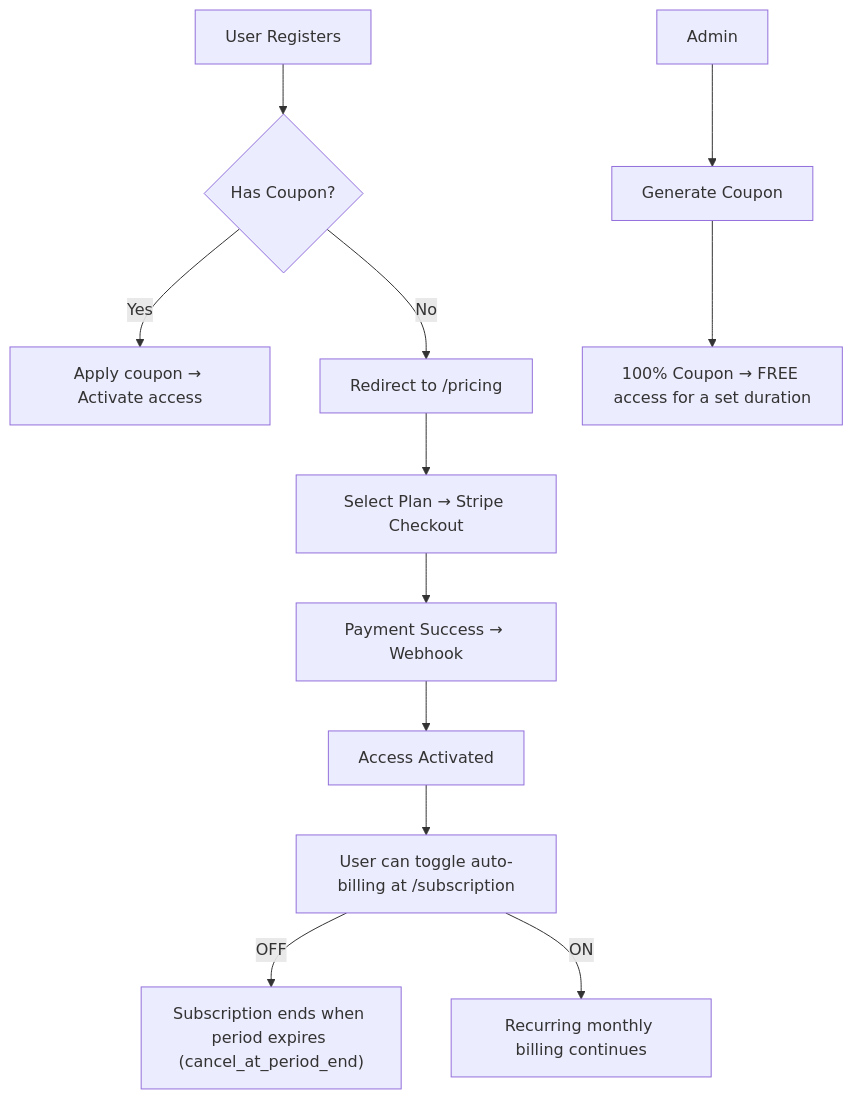
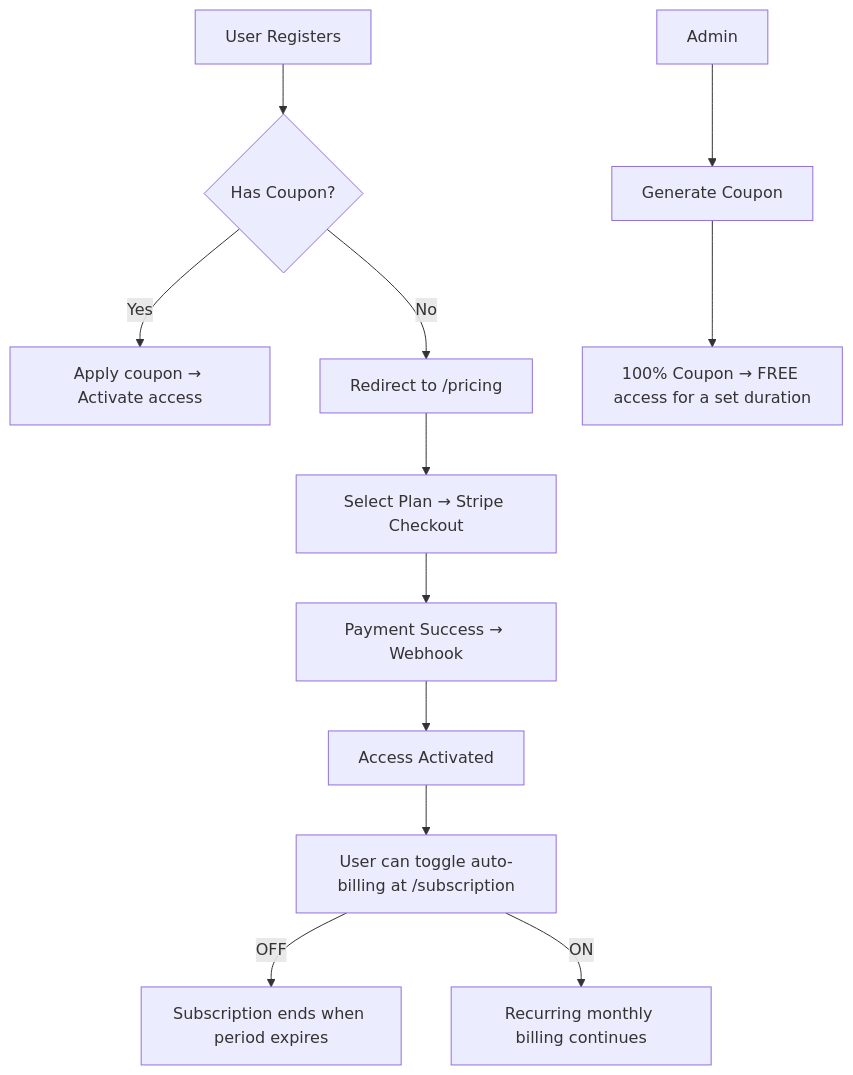
Before and after one commit to muhammadkmal27/vocabulary: the second of 2 diagrams in README.md, drawn with Mermaid. The commit also changed other lines of this file and 1 other file, not shown here.

````diff
--- a/README.md
+++ b/README.md
@@ -232,15 +117,15 @@
 ```mermaid
 flowchart TD
     A[User Registers] --> B{Has Coupon?}
     B -->|Yes| C[Apply coupon → Activate access]
     B -->|No| D[Redirect to /pricing]
     D --> E[Select Plan → Stripe Checkout]
     E --> F[Payment Success → Webhook]
     F --> G[Access Activated]
     G --> H[User can toggle auto-billing at /subscription]
-    H -->|OFF| I["Subscription ends when period expires (cancel_at_period_end)"]
+    H -->|OFF| I["Subscription ends when period expires"]
     H -->|ON| J["Recurring monthly billing continues"]
 
     K[Admin] --> L[Generate Coupon]
     L --> M[100% Coupon → FREE access for a set duration]
 ```
````
